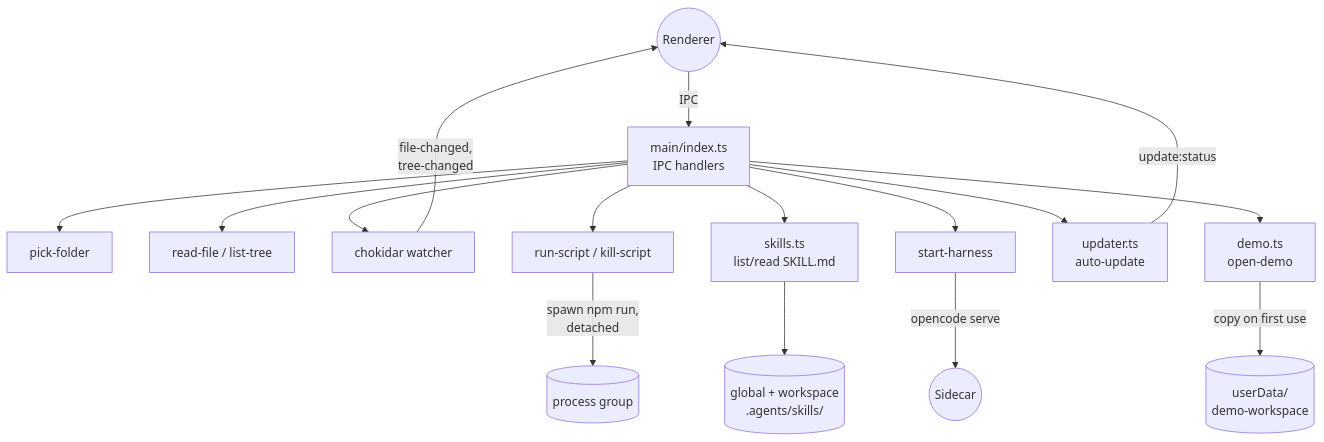
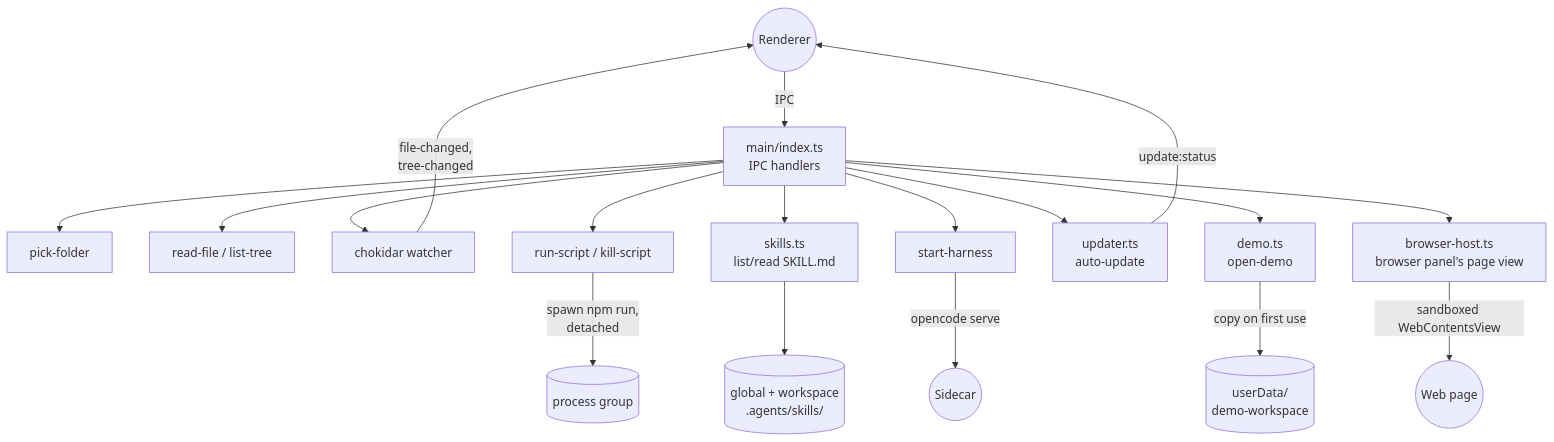
One commit to keithagroves/codeswim changed the diagram in architecture/main-process.md. Above: the diagram before and after it, drawn with Mermaid. The commit also changed other lines of this file and 118 other files, not shown here.

````diff
--- a/architecture/main-process.md
+++ b/architecture/main-process.md
@@ -14,33 +14,37 @@
 ```mermaid
 flowchart TD
     Renderer((Renderer)) -->|IPC| Index[main/index.ts<br/>IPC handlers]
     Index --> Picker[pick-folder]
     Index --> Reader[read-file / list-tree]
     Index --> Watcher[chokidar watcher]
     Index --> Scripts[run-script / kill-script]
     Index --> Skills[skills.ts<br/>list/read SKILL.md]
     Index --> Harness[start-harness]
     Index --> Updater[updater.ts<br/>auto-update]
     Index --> Demo[demo.ts<br/>open-demo]
+    Index --> BrowserHost[browser-host.ts<br/>browser panel's page view]
+    BrowserHost -->|sandboxed WebContentsView| Page((Web page))
     Demo -->|copy on first use| DemoWs[(userData/<br/>demo-workspace)]
     Updater -->|update:status| Renderer
     Watcher -->|file-changed,<br/>tree-changed| Renderer
     Scripts -->|spawn npm run,<br/>detached| Group[(process group)]
     Harness -->|opencode serve| Sidecar((Sidecar))
     Skills --> SkillFs[(global + workspace<br/>.agents/skills/)]
 
     click Renderer call navigate("../overview.md")
     click Picker call navigate("../apps/desktop/src/main/index.ts")
     click Reader call navigate("../apps/desktop/src/main/index.ts")
     click Watcher call navigate("../apps/desktop/src/main/index.ts")
     click Scripts call navigate("../apps/desktop/src/main/index.ts")
     click Group call navigate("./main-process.md")
     click Sidecar call navigate("./agent-harness.md")
     click SkillFs call navigate("./main-process.md")
     click Index call navigate("../apps/desktop/src/main/index.ts")
     click Skills call navigate("../packages/domain-skills/src/skills.ts")
     click Harness call navigate("./agent-harness.md")
     click Updater call navigate("../apps/desktop/src/main/updater.ts")
     click Demo call navigate("../apps/desktop/src/main/demo.ts")
     click DemoWs call navigate("../apps/desktop/src/main/demo.ts")
+    click BrowserHost call navigate("../apps/desktop/src/main/browser-host.ts")
+    click Page call navigate("./renderer.md")
 ```
````
